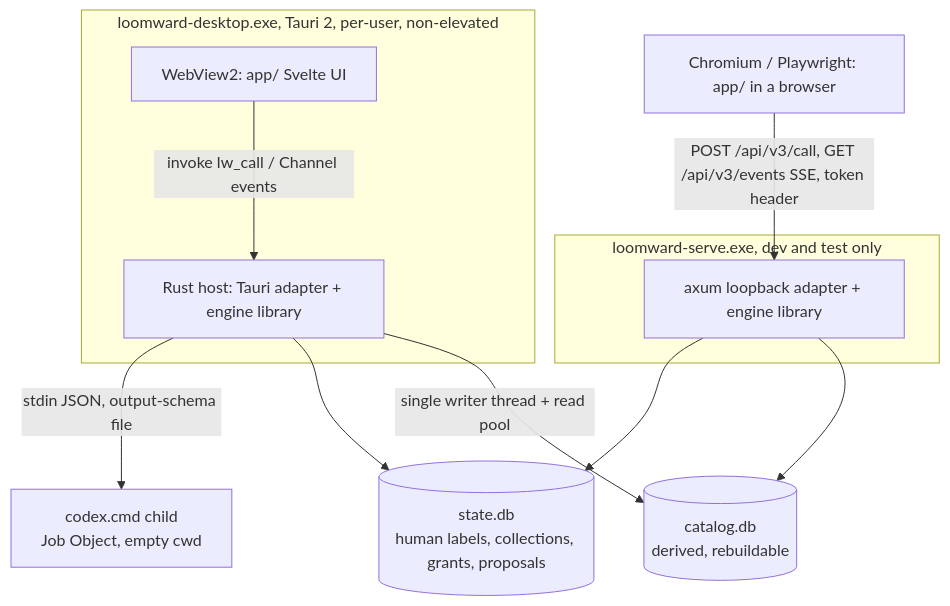
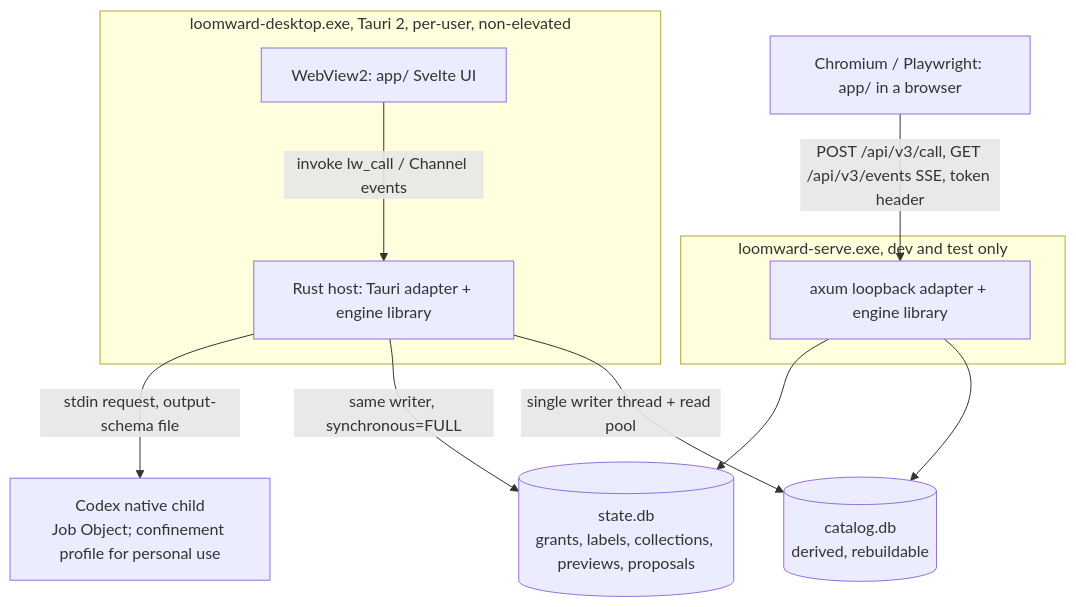
The second of 5 diagrams in docs/41-v03-architecture.md (Chris0Jeky/Loomward), drawn with Mermaid before and after one commit. The commit also changed other lines of this file and 5 other files, not shown here.

First line of the commit message:
docs(architecture): revision 2 after the cross-vendor review (all 26 findings dispositioned)

````diff
--- a/docs/41-v03-architecture.md
+++ b/docs/41-v03-architecture.md
@@ -65,21 +69,21 @@
 ```mermaid
 flowchart TB
   subgraph desktop[loomward-desktop.exe, Tauri 2, per-user, non-elevated]
     wv[WebView2: app/ Svelte UI]
     host[Rust host: Tauri adapter + engine library]
   end
   subgraph serve[loomward-serve.exe, dev and test only]
     http[axum loopback adapter + engine library]
   end
   browser[Chromium / Playwright: app/ in a browser]
   cat[(catalog.db<br/>derived, rebuildable)]
-  st[(state.db<br/>human labels, collections, grants, proposals)]
-  child[codex.cmd child<br/>Job Object, empty cwd]
+  st[(state.db<br/>grants, labels, collections, previews, proposals)]
+  child[Codex native child<br/>Job Object; confinement profile for personal use]
   wv -->|invoke lw_call / Channel events| host
   browser -->|POST /api/v3/call, GET /api/v3/events SSE, token header| http
   host -->|single writer thread + read pool| cat
-  host --> st
+  host -->|same writer, synchronous=FULL| st
   http --> cat
   http --> st
-  host -->|stdin JSON, output-schema file| child
+  host -->|stdin request, output-schema file| child
 ```
````
